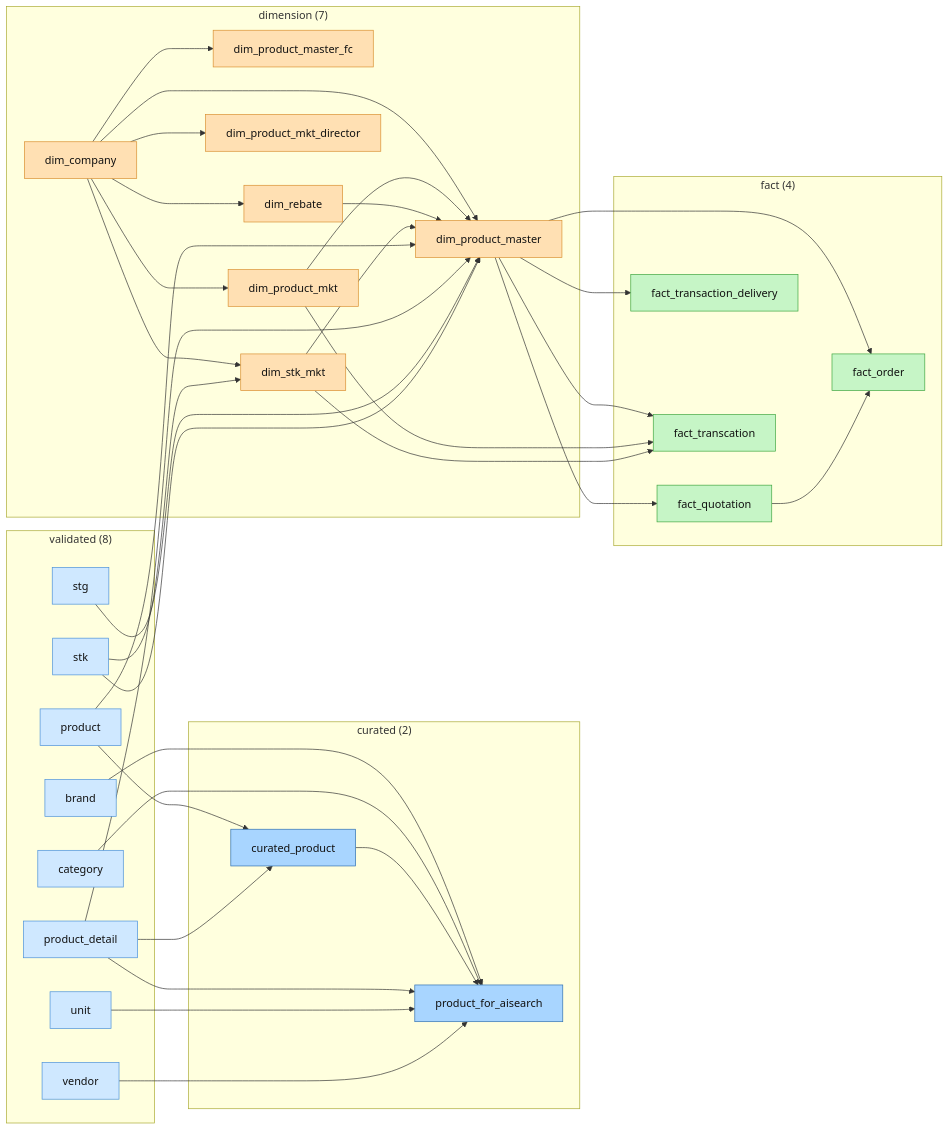
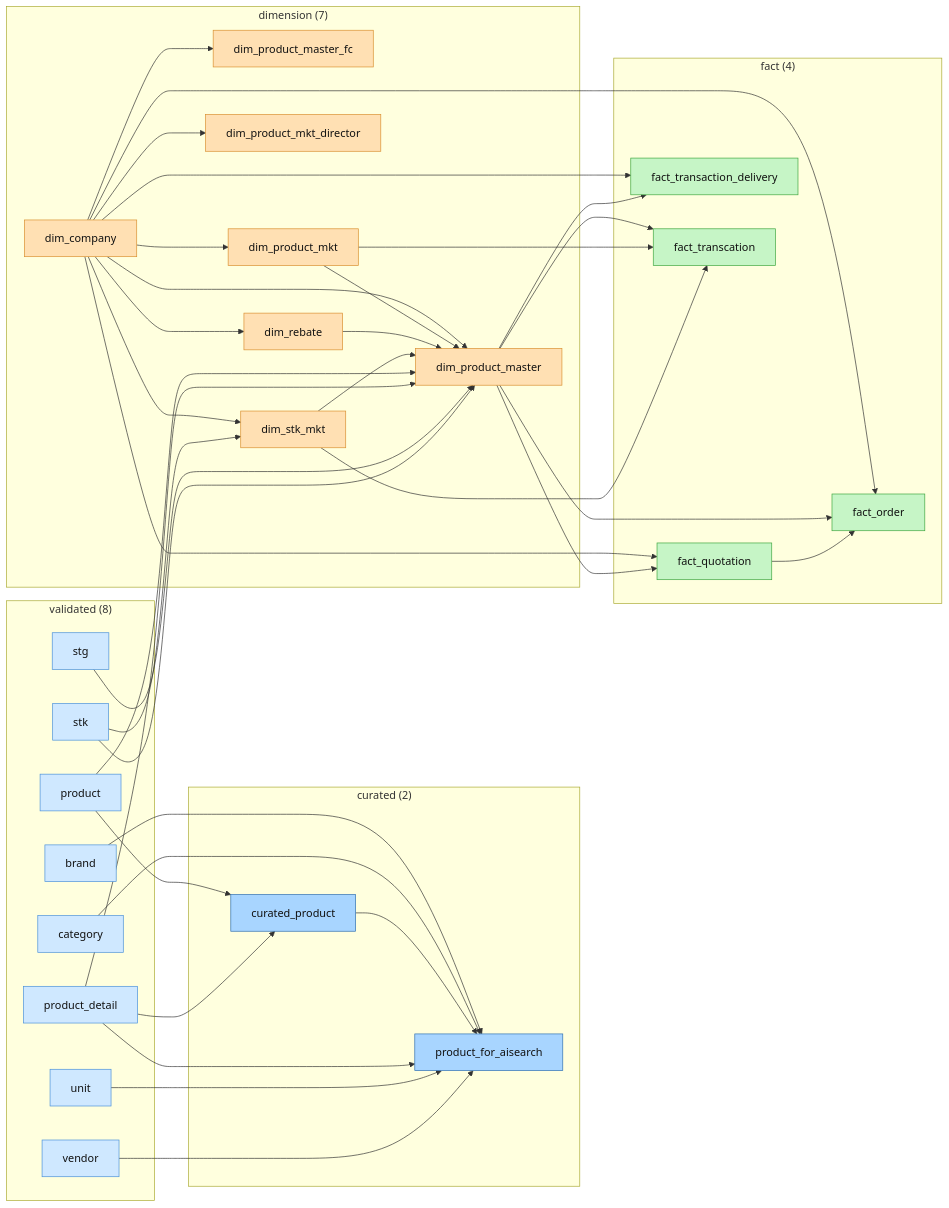
One commit to warayut-ALL-IN-AI/data-buffet changed the fifth of 12 diagrams in document/diagrams/topic_flows.md. Above: the diagram before and after it, drawn with Mermaid. The commit also changed other lines of this file and 2 other files, not shown here.

First line of the commit message:
view_dim_aging_history: derive AgingSK/BillingSK instead of trusting the snapshot

````diff
--- a/document/diagrams/topic_flows.md
+++ b/document/diagrams/topic_flows.md
@@ -418,70 +501,73 @@
 ```mermaid
 flowchart LR
   subgraph validated["validated (8)"]
     brand["brand"]
     category__mastersku["category"]
     product["product"]
     product_detail["product_detail"]
     stg["stg"]
     stk["stk"]
     unit["unit"]
     vendor["vendor"]
   end
   subgraph curated["curated (2)"]
     curated_product["curated_product"]
     product_for_aisearch["product_for_aisearch"]
   end
   subgraph dimension["dimension (7)"]
     dim_company["dim_company"]
     dim_product_master["dim_product_master"]
     dim_product_master_fc["dim_product_master_fc"]
     dim_product_mkt["dim_product_mkt"]
     dim_product_mkt_director["dim_product_mkt_director"]
     dim_rebate["dim_rebate"]
     dim_stk_mkt["dim_stk_mkt"]
   end
   subgraph fact["fact (4)"]
     fact_order["fact_order"]
     fact_quotation["fact_quotation"]
     fact_transaction_delivery["fact_transaction_delivery"]
     fact_transcation["fact_transcation"]
   end
   brand --> product_for_aisearch
   category__mastersku --> product_for_aisearch
   curated_product --> product_for_aisearch
   dim_company --> dim_product_master
   dim_company --> dim_product_master_fc
   dim_company --> dim_product_mkt
   dim_company --> dim_product_mkt_director
   dim_company --> dim_rebate
   dim_company --> dim_stk_mkt
+  dim_company --> fact_order
+  dim_company --> fact_quotation
+  dim_company --> fact_transaction_delivery
   dim_product_master --> fact_order
   dim_product_master --> fact_quotation
   dim_product_master --> fact_transaction_delivery
   dim_product_master --> fact_transcation
   dim_product_mkt --> dim_product_master
   dim_product_mkt --> fact_transcation
   dim_rebate --> dim_product_master
   dim_stk_mkt --> dim_product_master
   dim_stk_mkt --> fact_transcation
   fact_quotation --> fact_order
   product --> curated_product
   product --> dim_product_master
   product_detail --> curated_product
   product_detail --> dim_product_master
   product_detail --> product_for_aisearch
   stg --> dim_product_master
   stk --> dim_product_master
   stk --> dim_stk_mkt
   unit --> product_for_aisearch
   vendor --> product_for_aisearch
   classDef validated fill:#cfe8ff,stroke:#4a90d9,color:#111;
   classDef curated fill:#a8d5ff,stroke:#2f6fb0,color:#111;
   classDef dimension fill:#ffe0b3,stroke:#d98f2f,color:#111;
   classDef fact fill:#c6f5c6,stroke:#3fa63f,color:#111;
   classDef paused fill:#f5f5f5,stroke:#bbb,color:#999,stroke-dasharray:4 3;
   class brand,category__mastersku,product,product_detail,stg,stk,unit,vendor validated;
   class curated_product,product_for_aisearch curated;
   class dim_company,dim_product_master,dim_product_master_fc,dim_product_mkt,dim_product_mkt_director,dim_rebate,dim_stk_mkt dimension;
   class fact_order,fact_quotation,fact_transaction_delivery,fact_transcation fact;
 ```
````
